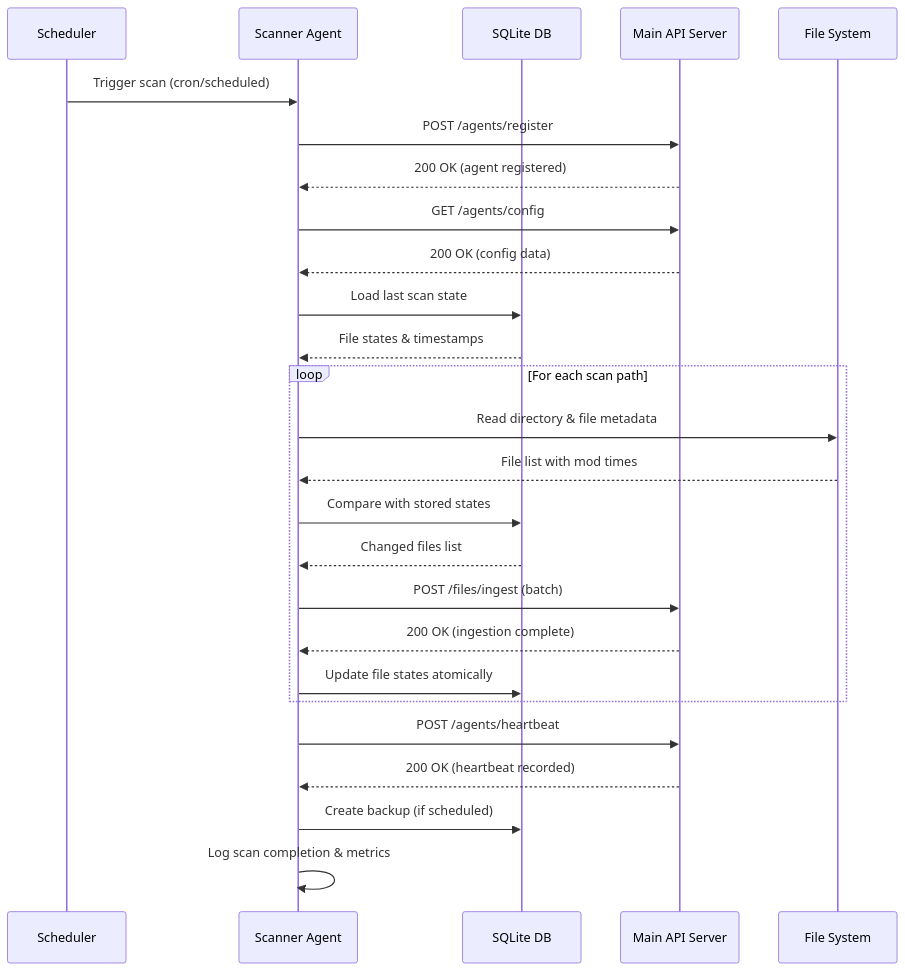
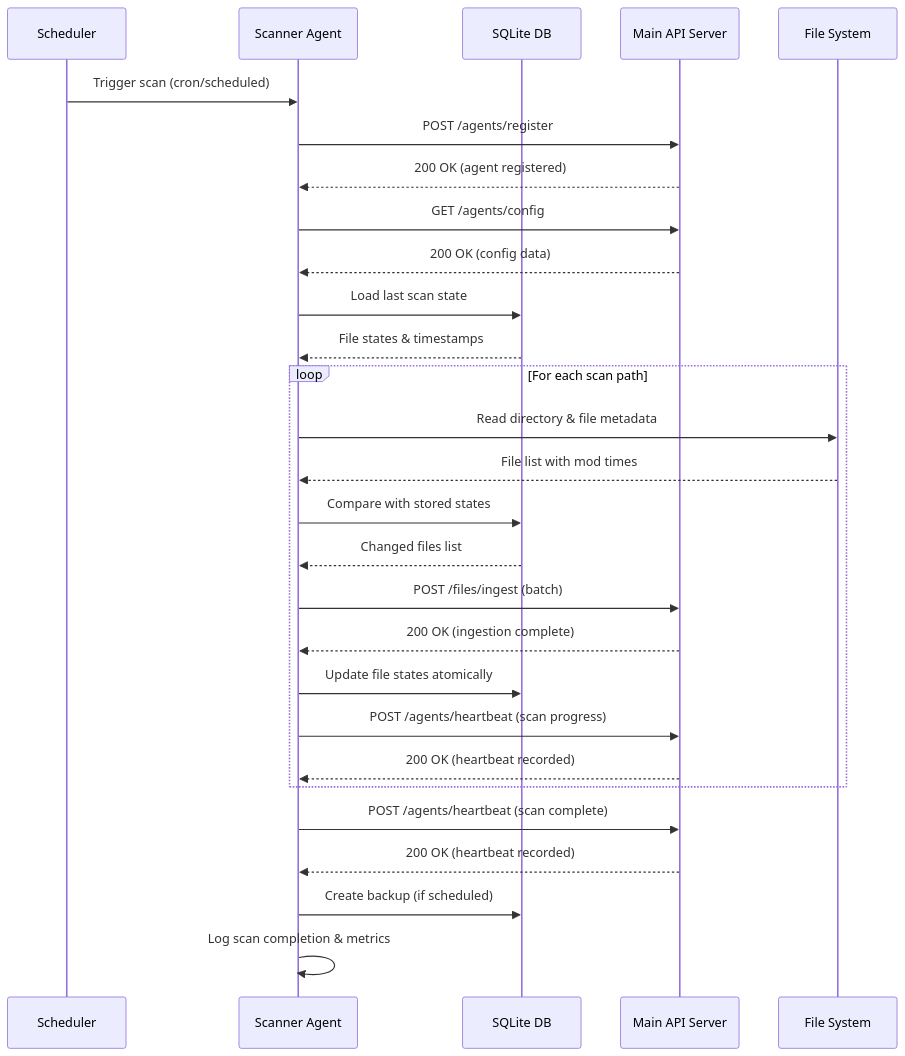
One commit to Yedidyar/file-search changed the second of 3 diagrams in docs/HLD-Go-File-Scanner.md. Above: the diagram before and after it, drawn with Mermaid. The commit also changed other lines of this file, not shown here.

Commit message:
Update HLD for Go File Scanner Agent to clarify heartbeat mechanisms, distinguishing between progress and completion updates, and enhancing the overall structure of the document for better readability.

````diff
--- a/docs/HLD-Go-File-Scanner.md
+++ b/docs/HLD-Go-File-Scanner.md
@@ -177,34 +177,35 @@
 ```mermaid
 sequenceDiagram
     participant S as Scheduler
     participant A as Scanner Agent
     participant DB as SQLite DB
     participant API as Main API Server
     participant FS as File System
 
     S->>A: Trigger scan (cron/scheduled)
     A->>API: POST /agents/register
     API-->>A: 200 OK (agent registered)
     A->>API: GET /agents/config
     API-->>A: 200 OK (config data)
 
     A->>DB: Load last scan state
     DB-->>A: File states & timestamps
 
     loop For each scan path
         A->>FS: Read directory & file metadata
         FS-->>A: File list with mod times
         A->>DB: Compare with stored states
         DB-->>A: Changed files list
         A->>API: POST /files/ingest (batch)
         API-->>A: 200 OK (ingestion complete)
         A->>DB: Update file states atomically
+        A->>API: POST /agents/heartbeat (scan progress)
+        API-->>A: 200 OK (heartbeat recorded)
     end
 
-
-    A->>API: POST /agents/heartbeat
+    A->>API: POST /agents/heartbeat (scan complete)
     API-->>A: 200 OK (heartbeat recorded)
 
     A->>DB: Create backup (if scheduled)
     A->>A: Log scan completion & metrics
 ```
````
